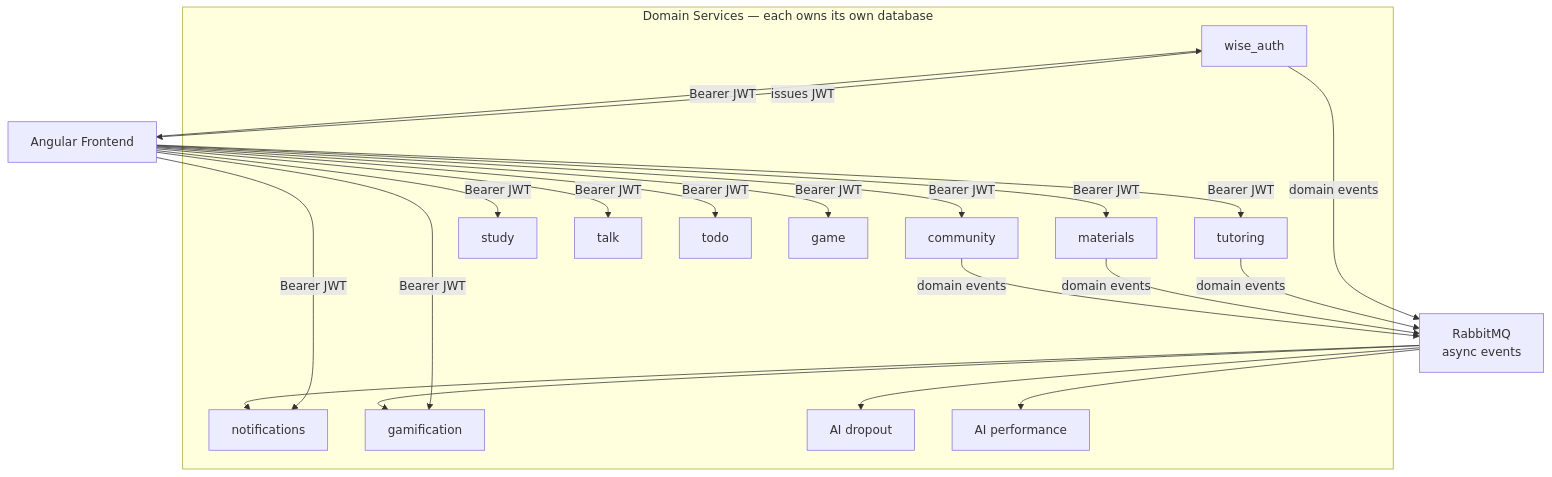
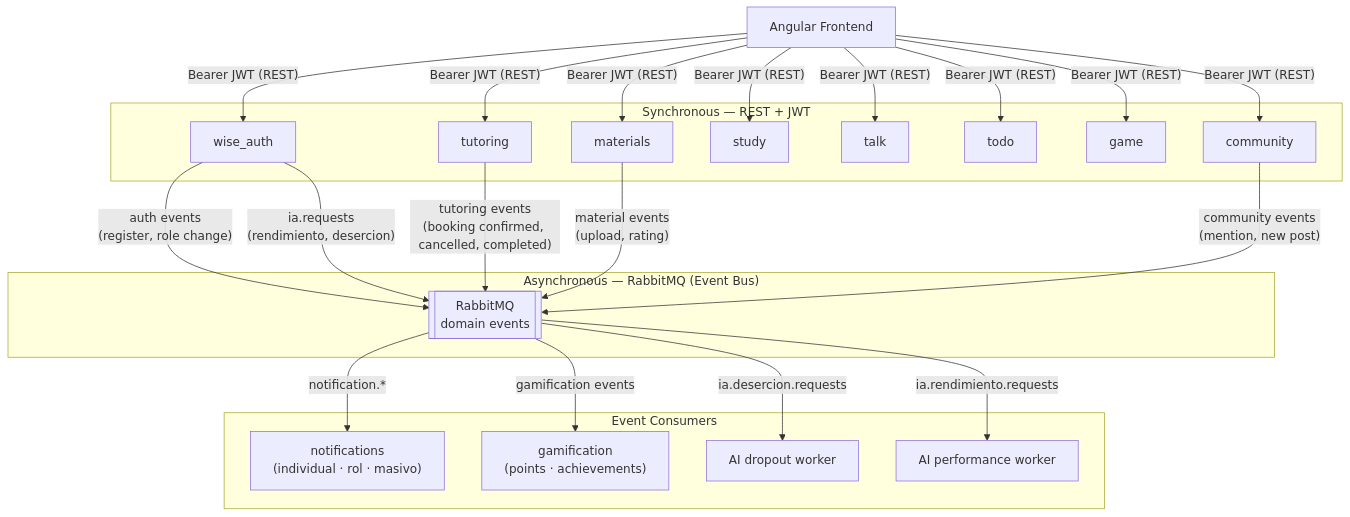
One commit to EciWise/EciWise.github.io changed the first of 13 diagrams in docs/architecture-decisions.md. Above: the diagram before and after it, drawn with Mermaid. The commit also changed other lines of this file, not shown here.

Commit message:
docs: clarify ADR-001 as combined microservice + event-driven architecture

````diff
--- a/docs/architecture-decisions.md
+++ b/docs/architecture-decisions.md
@@ -24,28 +32,40 @@
 ```mermaid
 graph TB
-  subgraph Services["Domain Services — each owns its own database"]
+  FE["Angular Frontend"]
+
+  subgraph Sync["Synchronous — REST + JWT"]
     AUTH["wise_auth"]
     TUT["tutoring"]
     MAT["materials"]
-    NOTIF["notifications"]
     STUDY["study"]
     TALK["talk"]
     TODO["todo"]
-    GAMIF["gamification"]
     GAME["game"]
     COMM["community"]
-    AI_D["AI dropout"]
-    AI_P["AI performance"]
   end
 
-  RMQ["RabbitMQ\nasync events"]
-  FE["Angular Frontend"]
+  subgraph AsyncBus["Asynchronous — RabbitMQ (Event Bus)"]
+    RMQ[["RabbitMQ\ndomain events"]]
+  end
 
-  FE -->|Bearer JWT| AUTH
-  FE -->|Bearer JWT| TUT & MAT & NOTIF & STUDY
-  FE -->|Bearer JWT| TALK & TODO & GAMIF & GAME & COMM
+  subgraph Consumers["Event Consumers"]
+    NOTIF["notifications\n(individual · rol · masivo)"]
+    GAMIF["gamification\n(points · achievements)"]
+    AI_D["AI dropout worker"]
+    AI_P["AI performance worker"]
+  end
 
-  AUTH -->|issues JWT| FE
-  AUTH & TUT & MAT & COMM -->|domain events| RMQ
-  RMQ --> NOTIF & GAMIF & AI_D & AI_P
+  FE -->|"Bearer JWT (REST)"| AUTH & TUT & MAT & STUDY
+  FE -->|"Bearer JWT (REST)"| TALK & TODO & GAME & COMM
+
+  AUTH -->|"auth events\n(register, role change)"| RMQ
+  AUTH -->|"ia.requests\n(rendimiento, desercion)"| RMQ
+  TUT -->|"tutoring events\n(booking confirmed, cancelled, completed)"| RMQ
+  MAT -->|"material events\n(upload, rating)"| RMQ
+  COMM -->|"community events\n(mention, new post)"| RMQ
+
+  RMQ -->|"notification.*"| NOTIF
+  RMQ -->|"gamification events"| GAMIF
+  RMQ -->|"ia.rendimiento.requests"| AI_P
+  RMQ -->|"ia.desercion.requests"| AI_D
 ```
````
